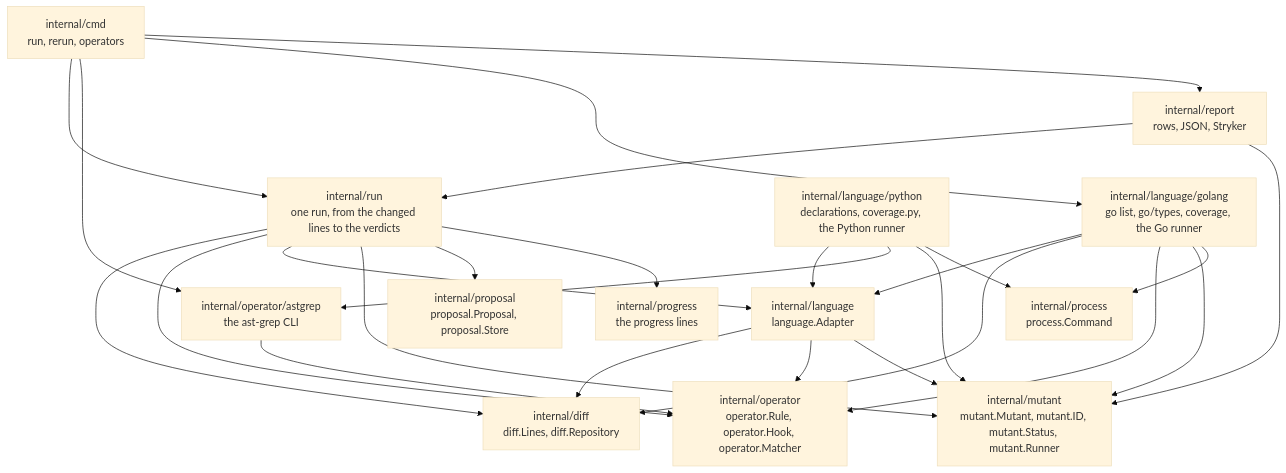
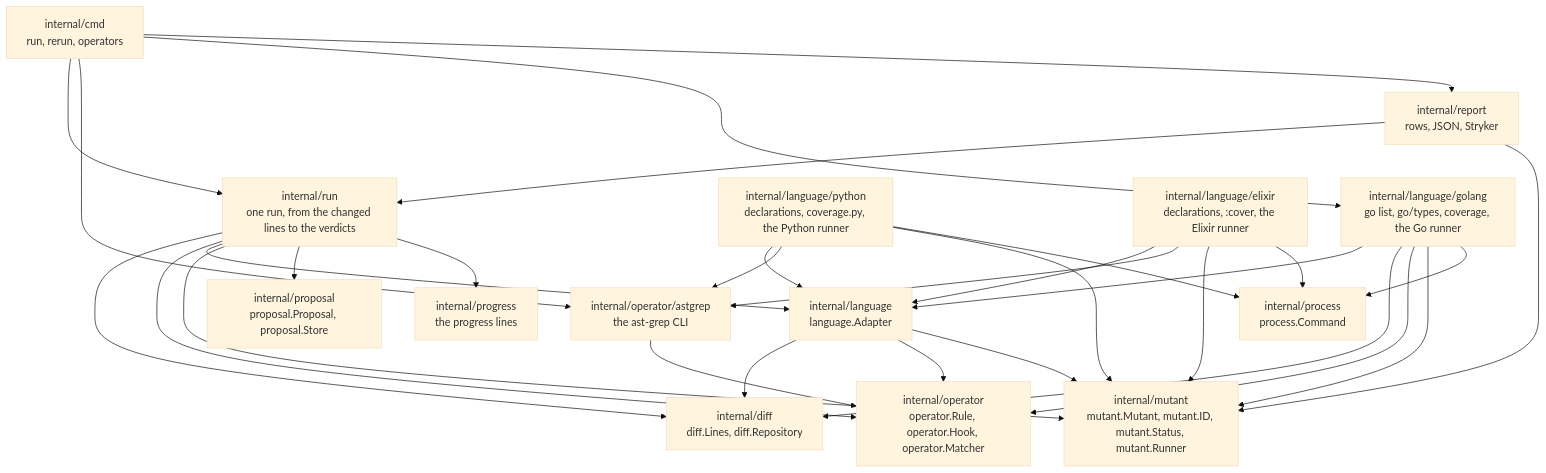
The seventh of 7 diagrams in docs/design.md (hpcsc/mutants), drawn with Mermaid (base theme) before and after one commit. The commit also changed other lines of this file and 11 other files, not shown here.

````diff
--- a/docs/design.md
+++ b/docs/design.md
@@ -764,41 +853,46 @@
 ```mermaid
 flowchart TD
     CMD["internal/cmd<br/>run, rerun, operators"]
     RUN["internal/run<br/>one run, from the changed lines to the verdicts"]
     DIFF["internal/diff<br/>diff.Lines, diff.Repository"]
     OP["internal/operator<br/>operator.Rule, operator.Hook, operator.Matcher"]
     AG["internal/operator/astgrep<br/>the ast-grep CLI"]
     MUT["internal/mutant<br/>mutant.Mutant, mutant.ID, mutant.Status, mutant.Runner"]
     LANG["internal/language<br/>language.Adapter"]
     GO["internal/language/golang<br/>go list, go/types, coverage, the Go runner"]
     PY["internal/language/python<br/>declarations, coverage.py, the Python runner"]
+    EX["internal/language/elixir<br/>declarations, :cover, the Elixir runner"]
     REP["internal/report<br/>rows, JSON, Stryker"]
     PROP["internal/proposal<br/>proposal.Proposal, proposal.Store"]
     PROG["internal/progress<br/>the progress lines"]
     PROC["internal/process<br/>process.Command"]
     CMD --> RUN
     CMD --> AG
     CMD --> GO
     CMD --> REP
     RUN --> DIFF
     RUN --> OP
     RUN --> LANG
     RUN --> MUT
     RUN --> PROP
     RUN --> PROG
     AG --> OP
     GO --> LANG
     GO --> DIFF
     GO --> OP
     GO --> MUT
     GO --> PROC
     PY --> LANG
     PY --> AG
     PY --> MUT
     PY --> PROC
+    EX --> LANG
+    EX --> AG
+    EX --> MUT
+    EX --> PROC
     LANG --> DIFF
     LANG --> OP
     LANG --> MUT
     REP --> RUN
     REP --> MUT
 ```
````
